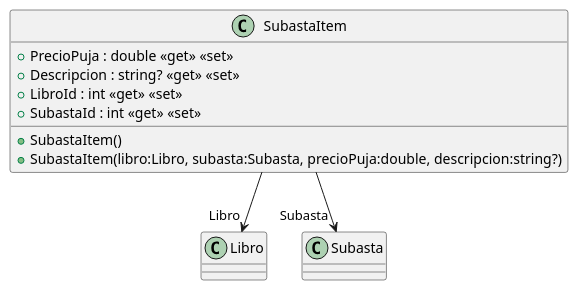
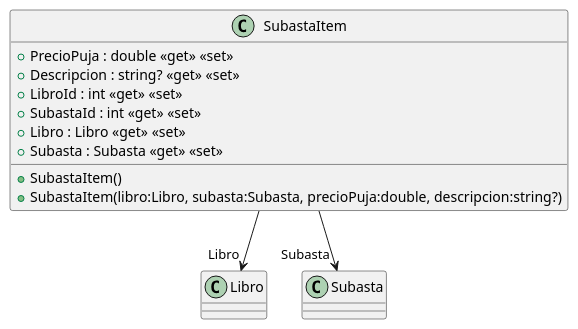
The diagram in src/AppForSEII.API/ClassDiagram/SubastaItem.puml (ISII2627IntegraSolutions/ISII2627IntegraSolutions), drawn with PlantUML before and after one commit. The commit also changed 19 other files, not shown here.

```diff
--- a/src/AppForSEII.API/ClassDiagram/SubastaItem.puml
+++ b/src/AppForSEII.API/ClassDiagram/SubastaItem.puml
@@ -1,12 +1,14 @@
 @startuml
 class SubastaItem {
     + SubastaItem()
     + SubastaItem(libro:Libro, subasta:Subasta, precioPuja:double, descripcion:string?)
     + PrecioPuja : double <<get>> <<set>>
     + Descripcion : string? <<get>> <<set>>
     + LibroId : int <<get>> <<set>>
     + SubastaId : int <<get>> <<set>>
+    + Libro : Libro <<get>> <<set>>
+    + Subasta : Subasta <<get>> <<set>>
 }
 SubastaItem --> "Libro" Libro
 SubastaItem --> "Subasta" Subasta
 @enduml
```
